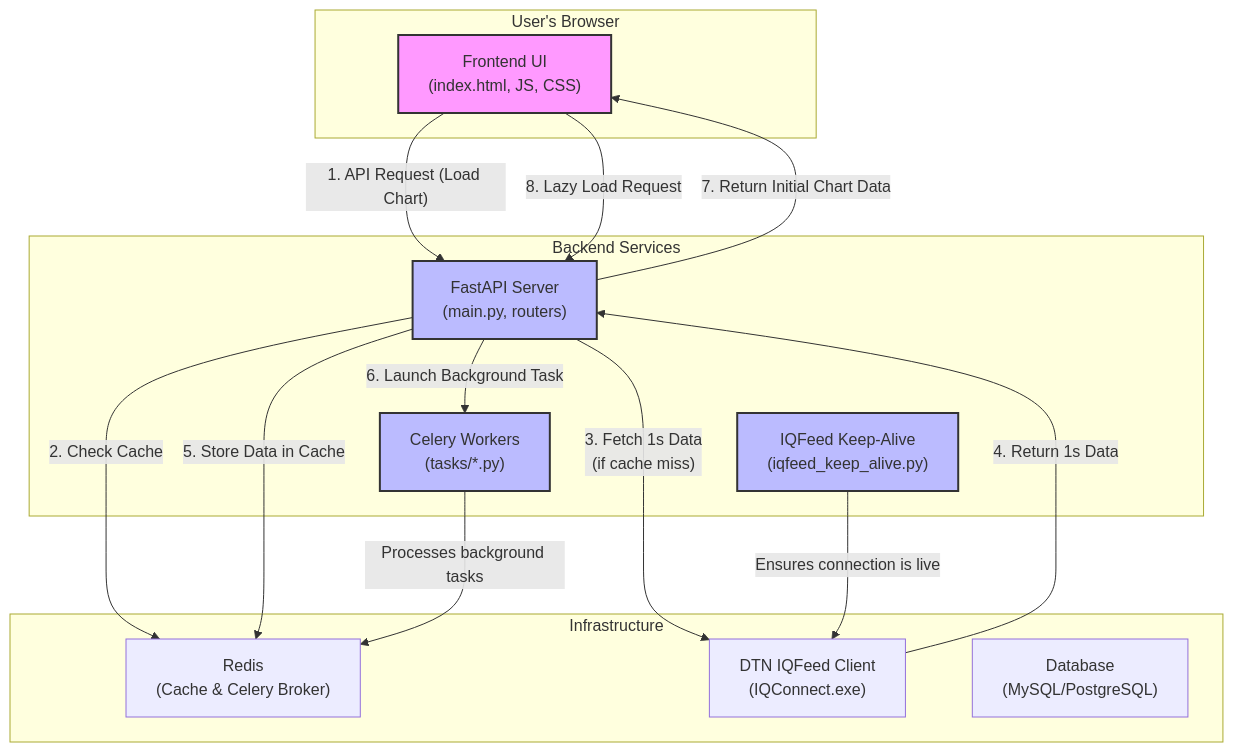
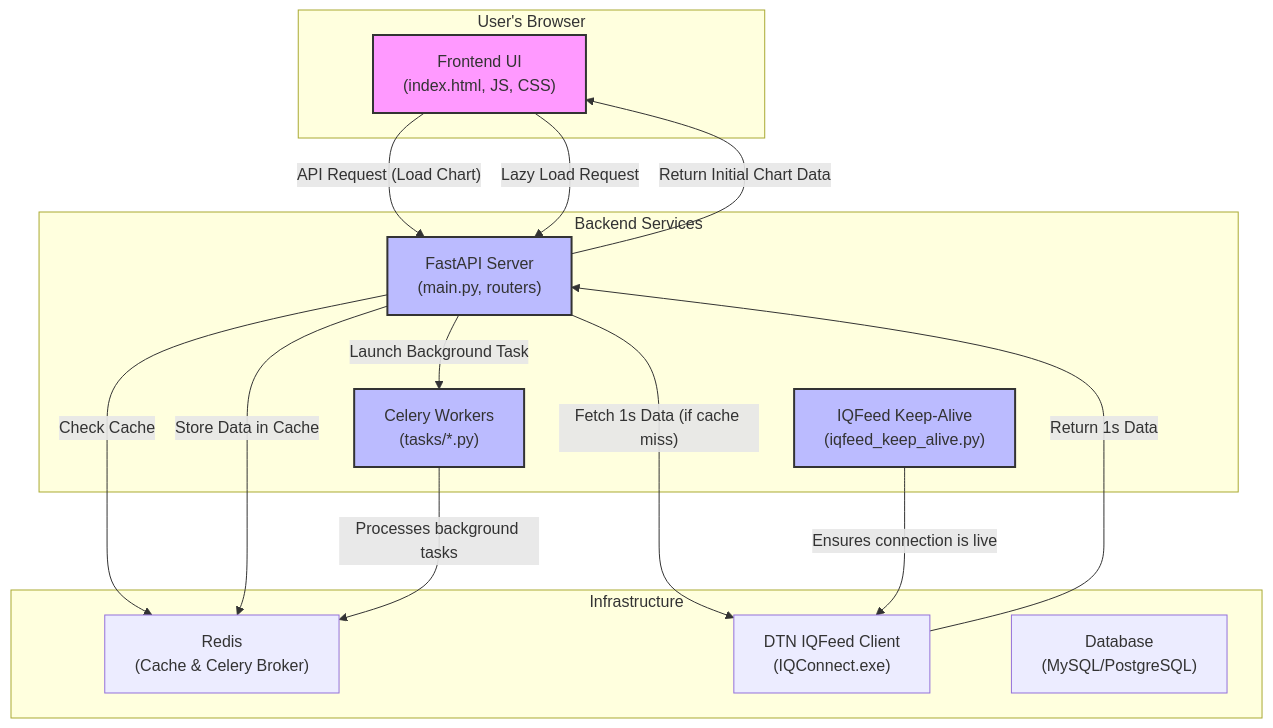
Before and after one commit to chaitanyamurarka/trading_platform_v4: the diagram in readme.md, drawn with Mermaid.

````diff
--- a/readme.md
+++ b/readme.md
@@ -35,34 +35,34 @@
 ```mermaid
 graph TD
     subgraph "User's Browser"
         A["Frontend UI<br>(index.html, JS, CSS)"]
     end
 
     subgraph "Backend Services"
         B["FastAPI Server<br>(main.py, routers)"]
         C["Celery Workers<br>(tasks/*.py)"]
         D["IQFeed Keep-Alive<br>(iqfeed_keep_alive.py)"]
     end
 
     subgraph "Infrastructure"
         E["Redis<br>(Cache & Celery Broker)"]
         F["DTN IQFeed Client<br>(IQConnect.exe)"]
         G["Database<br>(MySQL/PostgreSQL)"]
     end
 
-    A -- "1. API Request (Load Chart)" --> B
-    B -- "2. Check Cache" --> E
-    B -- "3. Fetch 1s Data<br>(if cache miss)" --> F
-    F -- "4. Return 1s Data" --> B
-    B -- "5. Store Data in Cache" --> E
-    B -- "6. Launch Background Task" --> C
-    B -- "7. Return Initial Chart Data" --> A
-    A -- "8. Lazy Load Request" --> B
+    A -- "API Request (Load Chart)" --> B
+    B -- "Check Cache" --> E
+    B -- "Fetch 1s Data (if cache miss)" --> F
+    F -- "Return 1s Data" --> B
+    B -- "Store Data in Cache" --> E
+    B -- "Launch Background Task" --> C
+    B -- "Return Initial Chart Data" --> A
+    A -- "Lazy Load Request" --> B
     C -- "Processes background tasks" --> E
     D -- "Ensures connection is live" --> F
 
     style A fill:#f9f,stroke:#333,stroke-width:2px
     style B fill:#bbf,stroke:#333,stroke-width:2px
     style C fill:#bbf,stroke:#333,stroke-width:2px
     style D fill:#bbf,stroke:#333,stroke-width:2px
 ```
````
